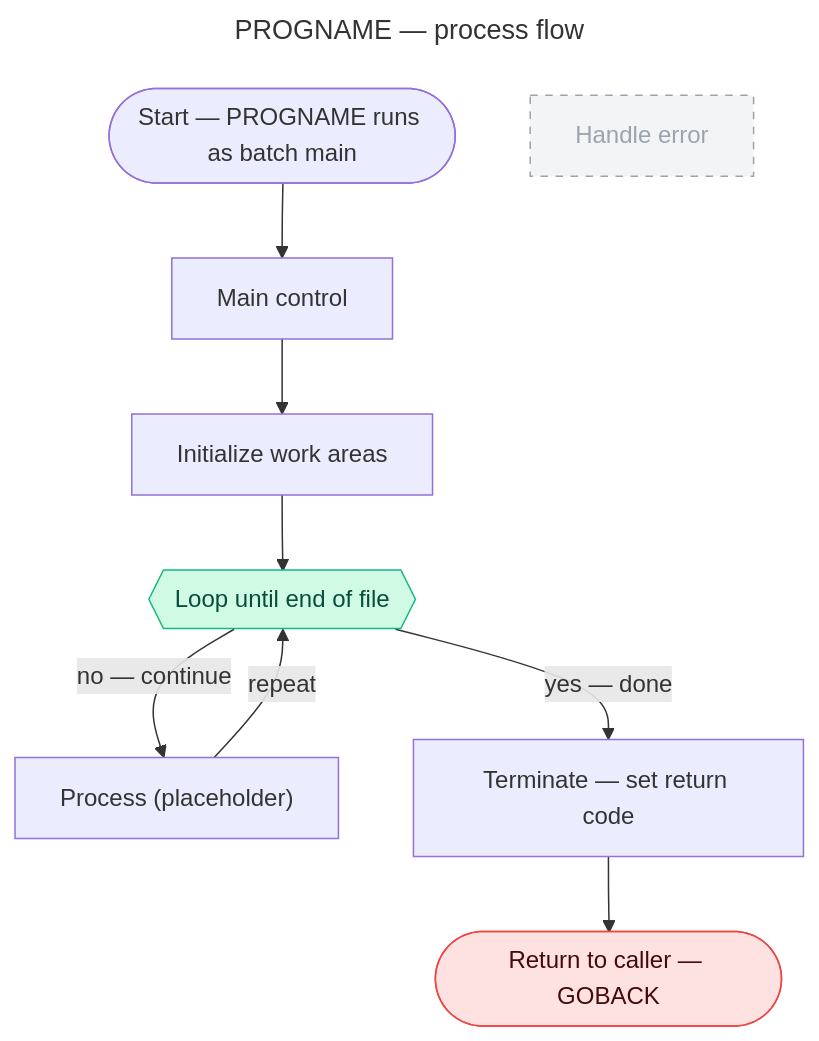
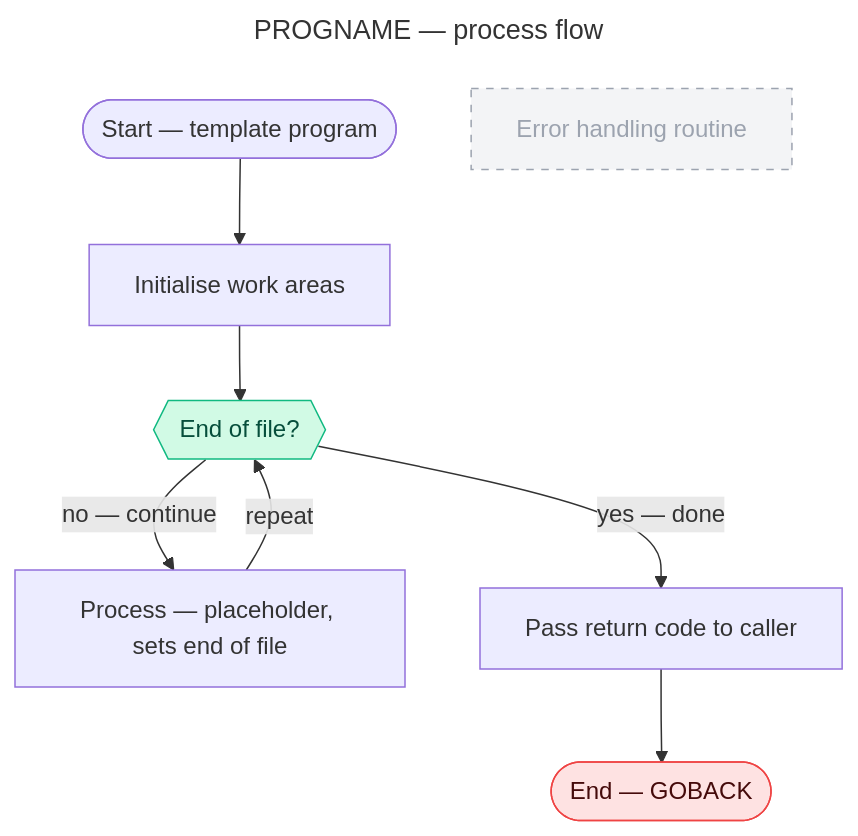
The diagram in output/diagram/diagrams/flow_PROGNAME.mmd (vighnasreevara/REVFORGE-Harness), drawn with Mermaid before and after one commit. The commit also changed 352 other files, not shown here.

```diff
--- a/output/diagram/diagrams/flow_PROGNAME.mmd
+++ b/output/diagram/diagrams/flow_PROGNAME.mmd
@@ -1,42 +1,43 @@
 ---
 title: PROGNAME — process flow
 ---
 flowchart TD
   %% Generated by 6_diagram agent — sequence-builder skill
-  %% Program: PROGNAME (batch template, src/templates/program/standard-program.cbl) — 5 paragraphs, 0 business rules
+  %% Program: PROGNAME (program template) — 5 paragraphs, 0 business rules
+  %% Logic status: success
   %% Edges: solid = confirmed; -.-> runtime:/uncertain: = uncertain; -.-> ? = unsupported
 
-  classDef terminal fill:#fee2e2,stroke:#ef4444,color:#450a0a
-  classDef deadCode fill:#f3f4f6,stroke:#9ca3af,color:#9ca3af,stroke-dasharray:5 5
-  classDef loop     fill:#d1fae5,stroke:#10b981,color:#064e3b
+  classDef rule       fill:#ede9fe,stroke:#7c3aed,color:#2e1065
+  classDef io         fill:#fef3c7,stroke:#f59e0b,color:#451a03
+  classDef terminal   fill:#fee2e2,stroke:#ef4444,color:#450a0a
+  classDef deadCode   fill:#f3f4f6,stroke:#9ca3af,color:#9ca3af,stroke-dasharray:5 5
+  classDef loop       fill:#d1fae5,stroke:#10b981,color:#064e3b
+  classDef runtime    fill:#fff7ed,stroke:#ea580c,color:#431407,stroke-dasharray:4 4
+  classDef recursion  fill:#fefce8,stroke:#ca8a04,color:#422006,stroke-dasharray:4 4
+  classDef unresolved fill:#ffffff,stroke:#dc2626,color:#7f1d1d,stroke-dasharray:2 2
 
-  START(["Start — PROGNAME runs as batch main"])
-  PARA_0000["Main control"]
-  PARA_1000["Initialize work areas"]
-  LOOP_2000{{"Loop until end of file"}}:::loop
-  PARA_2000["Process (placeholder)"]
-  PARA_3000["Terminate — set return code"]
-  TERMINAL(["Return to caller — GOBACK"]):::terminal
+  START(["Start — template program"])
+  PARA_1000["Initialise work areas"]
+  LOOP_CHECK{{"End of file?"}}:::loop
+  PARA_2000["Process — placeholder, sets end of file"]
+  PARA_3000["Pass return code to caller"]
+  TERMINAL(["End — GOBACK"]):::terminal
+  PARA_DEAD["Error handling routine"]:::deadCode
+  %% Dead code — no incoming references detected (9000-HANDLE-ERROR)
 
-  PARA_9000["Handle error"]:::deadCode
-  %% Dead code — no incoming references detected (confirmed by Logic Agent)
-
-  START --> PARA_0000
-  PARA_0000 --> PARA_1000
-  PARA_1000 --> LOOP_2000
-  LOOP_2000 -->|no — continue| PARA_2000
-  PARA_2000 -->|repeat| LOOP_2000
-  LOOP_2000 -->|yes — done| PARA_3000
+  START --> PARA_1000
+  PARA_1000 --> LOOP_CHECK
+  LOOP_CHECK -->|no — continue| PARA_2000
+  PARA_2000 -->|repeat| LOOP_CHECK
+  LOOP_CHECK -->|yes — done| PARA_3000
   PARA_3000 --> TERMINAL
 
-  %% REVFORGE-ID START file_id=SYS-PORTFOLIO-001-FIL-0083 path_id=SYS-PORTFOLIO-001-PATH-0083
-  %% REVFORGE-ID PARA_0000 paragraph_id=SYS-PORTFOLIO-001-FIL-0083-PAR-0001 statement_id=null
+  %% REVFORGE-ID START paragraph_id=SYS-PORTFOLIO-001-FIL-0083-PAR-0001 statement_id=null
   %% REVFORGE-ID PARA_1000 paragraph_id=SYS-PORTFOLIO-001-FIL-0083-PAR-0002 statement_id=SYS-PORTFOLIO-001-FIL-0083-STMT-000001
-  %% REVFORGE-ID LOOP_2000 paragraph_id=SYS-PORTFOLIO-001-FIL-0083-PAR-0001 statement_id=SYS-PORTFOLIO-001-FIL-0083-STMT-000002 field_id=SYS-PORTFOLIO-001-FIL-0083-FLD-000005
-  %% REVFORGE-ID PARA_2000 paragraph_id=SYS-PORTFOLIO-001-FIL-0083-PAR-0003 statement_id=SYS-PORTFOLIO-001-FIL-0083-STMT-000002
+  %% REVFORGE-ID LOOP_CHECK paragraph_id=SYS-PORTFOLIO-001-FIL-0083-PAR-0001 statement_id=SYS-PORTFOLIO-001-FIL-0083-STMT-000002
+  %% REVFORGE-ID PARA_2000 paragraph_id=SYS-PORTFOLIO-001-FIL-0083-PAR-0003 statement_id=SYS-PORTFOLIO-001-FIL-0083-STMT-000006
   %% REVFORGE-ID PARA_3000 paragraph_id=SYS-PORTFOLIO-001-FIL-0083-PAR-0004 statement_id=SYS-PORTFOLIO-001-FIL-0083-STMT-000003
   %% REVFORGE-ID TERMINAL paragraph_id=SYS-PORTFOLIO-001-FIL-0083-PAR-0001 statement_id=SYS-PORTFOLIO-001-FIL-0083-STMT-000004
-  %% REVFORGE-ID PARA_9000 paragraph_id=SYS-PORTFOLIO-001-FIL-0083-PAR-0005 statement_id=null
+  %% REVFORGE-ID PARA_DEAD paragraph_id=SYS-PORTFOLIO-001-FIL-0083-PAR-0005 statement_id=SYS-PORTFOLIO-001-FIL-0083-STMT-000008
 
-  %% Loop note: the loop body sets END-OF-FILE unconditionally, so it runs once (SINGLE_PASS_LOOP, Logic Agent).
-  %% No business rules recorded for this program in rules_artifact.json.
+  %% No business rules recorded for this program (only technical 88-level declarations)
```
